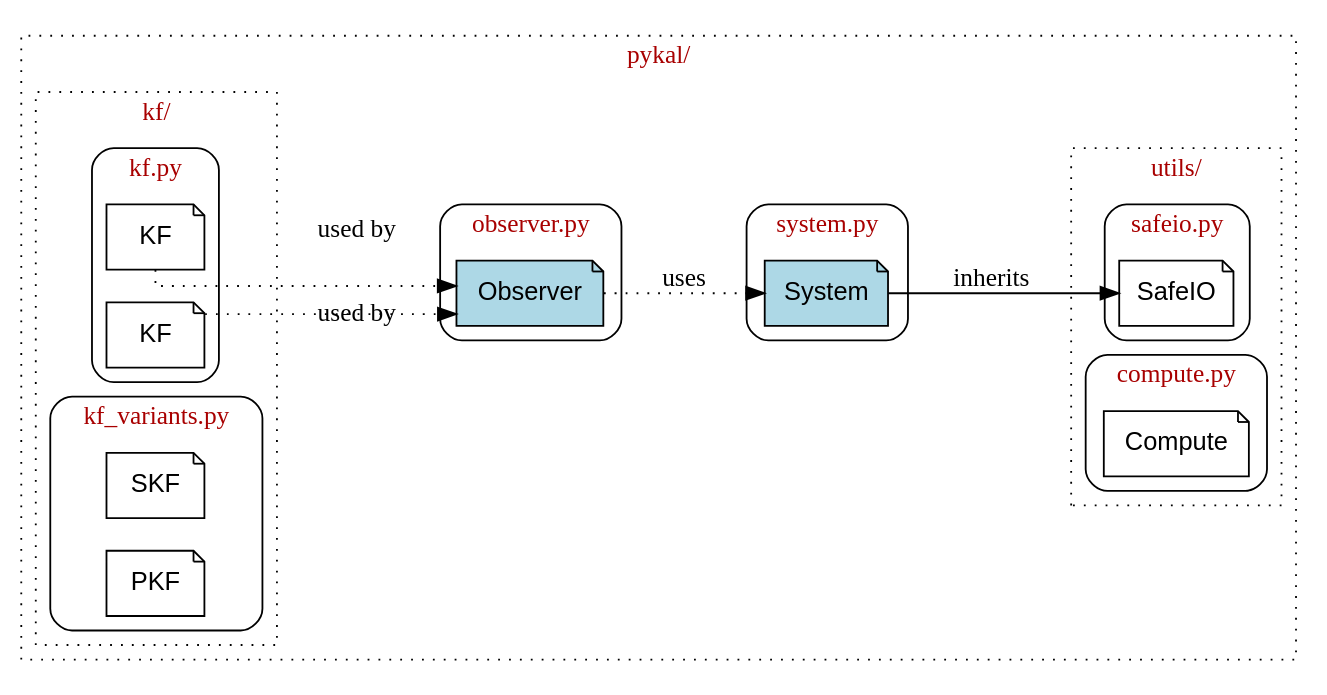
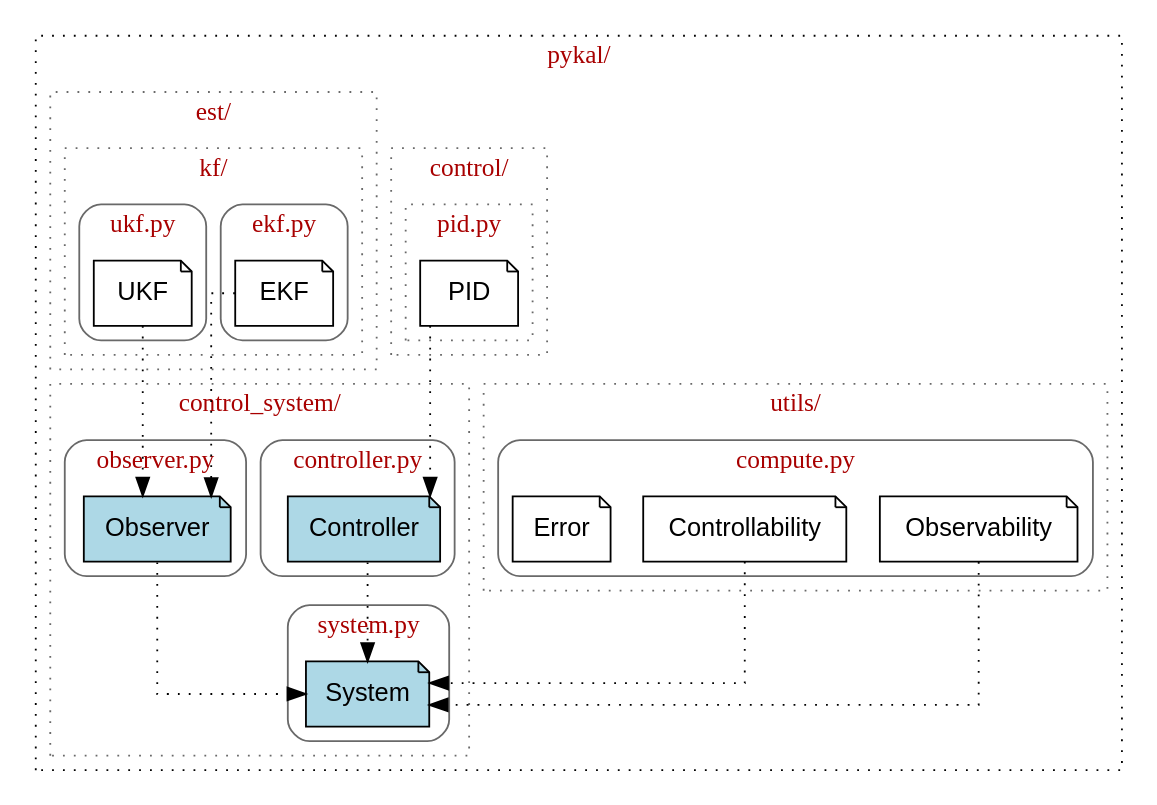
One commit to nehalsinghmangat/pykal changed the first of 3 diagrams in docs/source/apiref/class_inheritance.rst. Above: the diagram before and after it, drawn with Graphviz. The commit also changed other lines of this file and 26 other files, not shown here.

```diff
--- a/docs/source/apiref/class_inheritance.rst
+++ b/docs/source/apiref/class_inheritance.rst
@@ -10,7 +10,7 @@
 
    digraph ClassInheritance {
      node [shape=box, fontname="Helvetica", style=filled, fillcolor=lightgray];
-     rankdir=LR;
+     rankdir=TB;
      splines=ortho;
 
      // pykal/ supercluster
@@ -18,9 +18,14 @@
        label = "pykal/";
        fontcolor = "#a80000";
        style = dotted;
-       color = black;
        fillcolor = none;
 
+   // control_system/
+       subgraph cluster_module_control_system {
+          label = "control_system/";
+      fontcolor = "#a80000";
+       color = "dimgray";
+       fillcolor = none;
        // system.py
        subgraph cluster_system {
          label = "system.py";
@@ -36,63 +41,78 @@
          fontcolor = "#a80000";
          Observer [label="Observer", shape=note, fillcolor=lightblue];
        }
-     
 
-     // utils/ supercluster
-     subgraph cluster_utils {
+       // controller.py
+       subgraph cluster_controller {
+         label = "controller.py";
+         style = rounded;
+         fontcolor = "#a80000";
+         Controller [label="Controller", shape=note, fillcolor=lightblue];
+       }       
+     }
+     // pykal/ supercluster
+     subgraph cluster_pykal {
        label = "utils/";
        fontcolor = "#a80000";
-       style = dotted;
-       color = black;
+       color = "dimgray";
        fillcolor = none;
-
-       // safeio.py
-       subgraph cluster_safeio {
-         label = "safeio.py";
-         style = rounded;
-         fontcolor = "#a80000";
-         SafeIO [label="SafeIO", shape=note, fillcolor=white];
-       }
-
        // compute.py
        subgraph cluster_compute {
          label = "compute.py";
          style = rounded;
          fontcolor = "#a80000";
-         Compute [label="Compute", shape=note, fillcolor=white];
-       }
-     }
+	 Observability [label="Observability", shape=note, fillcolor=white];
+	 Controllability [label="Controllability", shape=note, fillcolor=white];
+         Error [label="Error", shape=note, fillcolor=white];
+       }}
 
-     // kf/ supercluster
-     subgraph cluster_kf {
-       label = "kf/";
-       fontcolor = "#a80000";
-       style = dotted;
-       color = black;
+     subgraph cluster_module_control {
+          label = "control/";
+      fontcolor = "#a80000";
+       color = "dimgray";
        fillcolor = none;
 
-       // kf.py
-       subgraph cluster_module_kf {
-         label = "kf.py";
+       subgraph cluster_module_est {
+          label = "pid.py";
+      fontcolor = "#a80000";
+       color = "dimgray";
+       fillcolor = none;
+      PID [label="PID", shape=note, fillcolor=white]}}
+       
+       // est.py
+       subgraph cluster_module_est {
+          label = "est/";
+      fontcolor = "#a80000";
+       color = "dimgray";
+       fillcolor = none;
+
+       subgraph cluster_module_est {
+          label = "kf/";
+      fontcolor = "#a80000";
+       color = "dimgray";
+       fillcolor = none;
+       
+	 subgraph cluster_module_ekf {
+         label = "ekf.py";
          style = rounded;
          fontcolor = "#a80000";
-         EKF [label="KF", shape=note, fillcolor=white];
-         UKF [label="KF", shape=note, fillcolor=white];	 
+         EKF [label="EKF", shape=note, fillcolor=white];
        }
 
-       // kf_variants.py
-       subgraph cluster_module_kf_variants {
-         label = "kf_variants.py";
+	 subgraph cluster_module_ukf {
+         label = "ukf.py";
          style = rounded;
          fontcolor = "#a80000";
-         SKF [label="SKF", shape=note, fillcolor=white];
-         PSKF [label="PKF", shape=note, fillcolor=white];
-       }
-     }
+         UKF [label="UKF", shape=note, fillcolor=white];
+       }       
+     }}
+     Observer -> System [style=dotted];
+     Controller -> System [style=dotted];
      
-     // Relationships
-     System -> SafeIO [label="inherits"];
-     EKF -> Observer [style=dotted, label="used by"];
-     UKF -> Observer [style=dotted, label="used by"];     
-     Observer -> System [style=dotted, label="uses"];
+     EKF -> Observer [style=dotted];
+     UKF -> Observer [style=dotted];
+     PID -> Controller [style=dotted];
+
+     Observability -> System [style=dotted];
+     Controllability -> System [style=dotted]; 
    }}
```
